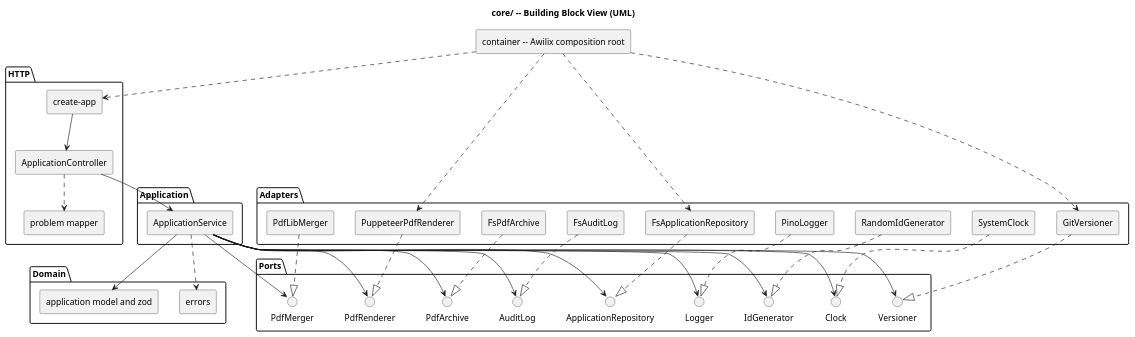
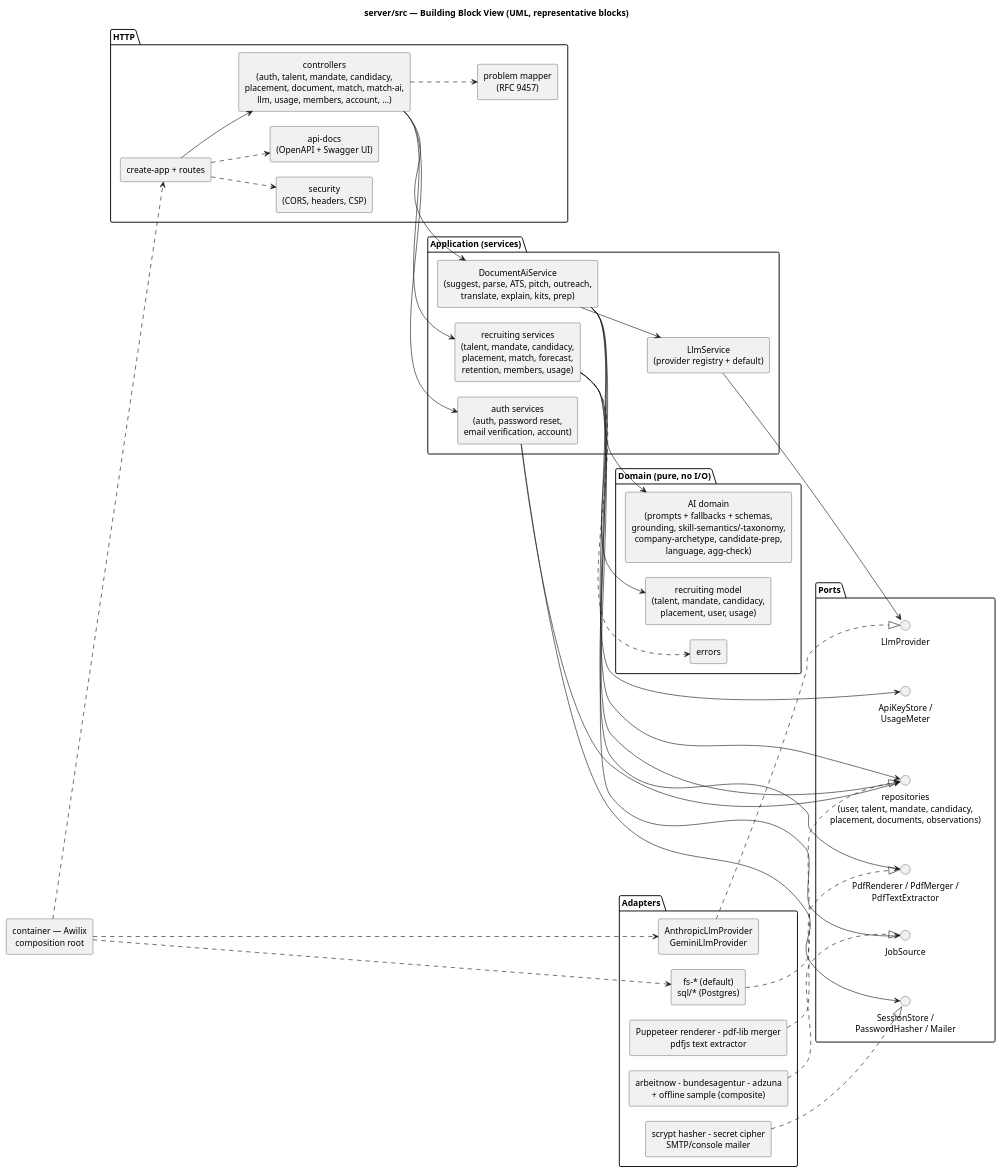
Before and after one commit to NexusHero/Resume: the diagram in docs/umls/05_building_blocks.puml, drawn with PlantUML. The commit also changed 5 other files, not shown here.

First line of the commit message:
docs(arc42): redraw both UML diagrams for the recruiting suite + refresh stale sections

```diff
--- a/docs/umls/05_building_blocks.puml
+++ b/docs/umls/05_building_blocks.puml
@@ -1,79 +1,81 @@
 @startuml 05_building_blocks
-title core/ -- Building Block View (UML)
+title server/src — Building Block View (UML, representative blocks)
 
 skinparam shadowing false
 skinparam componentStyle rectangle
 skinparam defaultTextAlignment center
+skinparam nodesep 25
+skinparam ranksep 45
+left to right direction
 
 package "HTTP" {
-  [create-app] as App
-  [ApplicationController] as Ctrl
-  [problem mapper] as Problem
+  [create-app + routes] as App
+  [controllers\n(auth, talent, mandate, candidacy,\nplacement, document, match, match-ai,\nllm, usage, members, account, ...)] as Ctrl
+  [problem mapper\n(RFC 9457)] as Problem
+  [security\n(CORS, headers, CSP)] as Security
+  [api-docs\n(OpenAPI + Swagger UI)] as Docs
 }
 
-package "Application" {
-  [ApplicationService] as Service
+package "Application (services)" {
+  [DocumentAiService\n(suggest, parse, ATS, pitch, outreach,\ntranslate, explain, kits, prep)] as AiSvc
+  [recruiting services\n(talent, mandate, candidacy,\nplacement, match, forecast,\nretention, members, usage)] as RecSvc
+  [auth services\n(auth, password reset,\nemail verification, account)] as AuthSvc
+  [LlmService\n(provider registry + default)] as LlmSvc
 }
 
-package "Domain" {
-  [application model and zod] as DomainModel
+package "Domain (pure, no I/O)" {
+  [recruiting model\n(talent, mandate, candidacy,\nplacement, user, usage)] as Model
+  [AI domain\n(prompts + fallbacks + schemas,\ngrounding, skill-semantics/-taxonomy,\ncompany-archetype, candidate-prep,\nlanguage, agg-check)] as AiDomain
   [errors] as DomainErrors
 }
 
 package "Ports" {
-  interface ApplicationRepository
-  interface AuditLog
-  interface PdfArchive
-  interface PdfRenderer
-  interface PdfMerger
-  interface Versioner
-  interface Clock
-  interface IdGenerator
-  interface Logger
+  interface "repositories\n(user, talent, mandate, candidacy,\nplacement, documents, observations)" as Repos
+  interface LlmProvider
+  interface "ApiKeyStore /\nUsageMeter" as Keys
+  interface "SessionStore /\nPasswordHasher / Mailer" as AuthPorts
+  interface "PdfRenderer / PdfMerger /\nPdfTextExtractor" as PdfPorts
+  interface JobSource
 }
 
 package "Adapters" {
-  [FsApplicationRepository] as FsRepo
-  [FsAuditLog] as FsAudit
-  [FsPdfArchive] as FsArchive
-  [PuppeteerPdfRenderer] as Pup
-  [PdfLibMerger] as Merger
-  [GitVersioner] as Git
-  [SystemClock] as Clk
-  [RandomIdGenerator] as Ids
-  [PinoLogger] as Pino
+  [fs-* (default)\nsql/* (Postgres)] as StoreAdapters
+  [AnthropicLlmProvider\nGeminiLlmProvider] as LlmAdapters
+  [scrypt hasher - secret cipher\nSMTP/console mailer] as AuthAdapters
+  [Puppeteer renderer - pdf-lib merger\npdfjs text extractor] as PdfAdapters
+  [arbeitnow - bundesagentur - adzuna\n+ offline sample (composite)] as JobAdapters
 }
 
-[container -- Awilix composition root] as Container
+[container — Awilix\ncomposition root] as Container
 
 App --> Ctrl
-Ctrl --> Service
+App ..> Security
+App ..> Docs
 Ctrl ..> Problem
-Service --> DomainModel
-Service ..> DomainErrors
-Service --> ApplicationRepository
-Service --> AuditLog
-Service --> PdfArchive
-Service --> PdfRenderer
-Service --> PdfMerger
-Service --> Versioner
-Service --> Clock
-Service --> IdGenerator
-Service --> Logger
+Ctrl --> AiSvc
+Ctrl --> RecSvc
+Ctrl --> AuthSvc
+AiSvc --> LlmSvc
+AiSvc --> AiDomain
+AiSvc --> Keys
+RecSvc --> Model
+AuthSvc --> AuthPorts
+AiSvc --> Repos
+RecSvc --> Repos
+AuthSvc --> Repos
+RecSvc ..> DomainErrors
+AiSvc --> PdfPorts
+RecSvc --> JobSource
+LlmSvc --> LlmProvider
 
-FsRepo ..|> ApplicationRepository
-FsAudit ..|> AuditLog
-FsArchive ..|> PdfArchive
-Pup ..|> PdfRenderer
-Merger ..|> PdfMerger
-Git ..|> Versioner
-Clk ..|> Clock
-Ids ..|> IdGenerator
-Pino ..|> Logger
+StoreAdapters ..|> Repos
+LlmAdapters ..|> LlmProvider
+AuthAdapters ..|> AuthPorts
+PdfAdapters ..|> PdfPorts
+JobAdapters ..|> JobSource
 
-Container ..> FsRepo
-Container ..> Pup
-Container ..> Git
+Container ..> StoreAdapters
+Container ..> LlmAdapters
 Container ..> App
 
 @enduml
```
